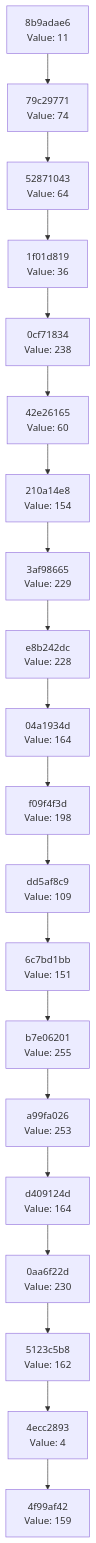
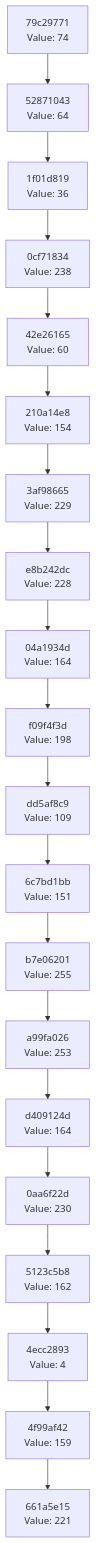
The diagram in docs/CHAIN_VISUALIZATION.md (Abhisheksinha1506/hash-chain-evolver), drawn with Mermaid before and after one commit. The commit also changed 1 other file, not shown here.

Commit message:
Evolution step: hash 0xDD → action executed

````diff
--- a/docs/CHAIN_VISUALIZATION.md
+++ b/docs/CHAIN_VISUALIZATION.md
@@ -3,42 +3,42 @@
 ```mermaid
 graph TD
-    C0["4f99af42<br/>Value: 159"]
-    C1["4ecc2893<br/>Value: 4"]
+    C0["661a5e15<br/>Value: 221"]
+    C1["4f99af42<br/>Value: 159"]
     C1 --> C0
-    C2["5123c5b8<br/>Value: 162"]
+    C2["4ecc2893<br/>Value: 4"]
     C2 --> C1
-    C3["0aa6f22d<br/>Value: 230"]
+    C3["5123c5b8<br/>Value: 162"]
     C3 --> C2
-    C4["d409124d<br/>Value: 164"]
+    C4["0aa6f22d<br/>Value: 230"]
     C4 --> C3
-    C5["a99fa026<br/>Value: 253"]
+    C5["d409124d<br/>Value: 164"]
     C5 --> C4
-    C6["b7e06201<br/>Value: 255"]
+    C6["a99fa026<br/>Value: 253"]
     C6 --> C5
-    C7["6c7bd1bb<br/>Value: 151"]
+    C7["b7e06201<br/>Value: 255"]
     C7 --> C6
-    C8["dd5af8c9<br/>Value: 109"]
+    C8["6c7bd1bb<br/>Value: 151"]
     C8 --> C7
-    C9["f09f4f3d<br/>Value: 198"]
+    C9["dd5af8c9<br/>Value: 109"]
     C9 --> C8
-    C10["04a1934d<br/>Value: 164"]
+    C10["f09f4f3d<br/>Value: 198"]
     C10 --> C9
-    C11["e8b242dc<br/>Value: 228"]
+    C11["04a1934d<br/>Value: 164"]
     C11 --> C10
-    C12["3af98665<br/>Value: 229"]
+    C12["e8b242dc<br/>Value: 228"]
     C12 --> C11
-    C13["210a14e8<br/>Value: 154"]
+    C13["3af98665<br/>Value: 229"]
     C13 --> C12
-    C14["42e26165<br/>Value: 60"]
+    C14["210a14e8<br/>Value: 154"]
     C14 --> C13
-    C15["0cf71834<br/>Value: 238"]
+    C15["42e26165<br/>Value: 60"]
     C15 --> C14
-    C16["1f01d819<br/>Value: 36"]
+    C16["0cf71834<br/>Value: 238"]
     C16 --> C15
-    C17["52871043<br/>Value: 64"]
+    C17["1f01d819<br/>Value: 36"]
     C17 --> C16
-    C18["79c29771<br/>Value: 74"]
+    C18["52871043<br/>Value: 64"]
     C18 --> C17
-    C19["8b9adae6<br/>Value: 11"]
+    C19["79c29771<br/>Value: 74"]
     C19 --> C18
 ```
````
